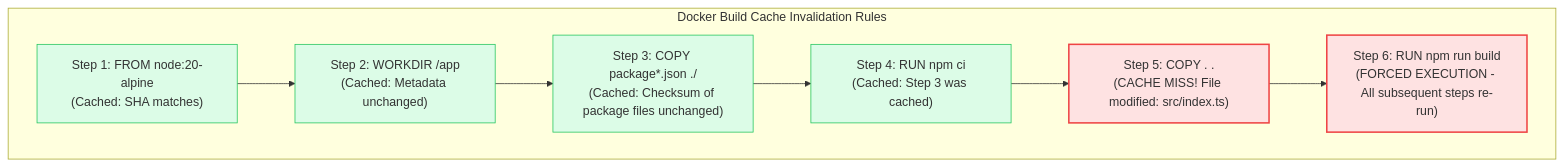
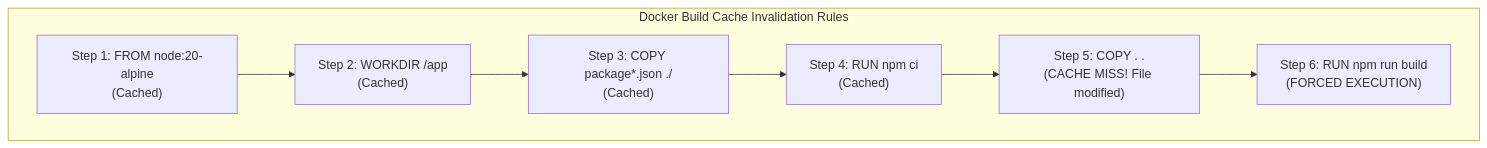
One commit to PandeyKishan/Study-Notes changed the first of 3 diagrams in 01-Docker/02-Dockerfile-Deep-Dive-and-Best-Practices.md. Above: the diagram before and after it, drawn with Mermaid. The commit also changed other lines of this file and 38 other files, not shown here.

````diff
--- a/01-Docker/02-Dockerfile-Deep-Dive-and-Best-Practices.md
+++ b/01-Docker/02-Dockerfile-Deep-Dive-and-Best-Practices.md
@@ -12,17 +15,10 @@
 ```mermaid
 flowchart TD
     subgraph BuildCache["Docker Build Cache Invalidation Rules"]
-        L1["Step 1: FROM node:20-alpine\n(Cached: SHA matches)"] --> L2["Step 2: WORKDIR /app\n(Cached: Metadata unchanged)"]
-        L2 --> L3["Step 3: COPY package*.json ./\n(Cached: Checksum of package files unchanged)"]
-        L3 --> L4["Step 4: RUN npm ci\n(Cached: Step 3 was cached)"]
-        L4 --> L5["Step 5: COPY . .\n(CACHE MISS! File modified: src/index.ts)"]
-        L5 --> L6["Step 6: RUN npm run build\n(FORCED EXECUTION - All subsequent steps re-run)"]
+        L1["Step 1: FROM node:20-alpine\n(Cached)"] --> L2["Step 2: WORKDIR /app\n(Cached)"]
+        L2 --> L3["Step 3: COPY package*.json ./\n(Cached)"]
+        L3 --> L4["Step 4: RUN npm ci\n(Cached)"]
+        L4 --> L5["Step 5: COPY . .\n(CACHE MISS! File modified)"]
+        L5 --> L6["Step 6: RUN npm run build\n(FORCED EXECUTION)"]
     end
-
-    style L1 fill:#dcfce7,stroke:#22c55e,stroke-width:1px
-    style L2 fill:#dcfce7,stroke:#22c55e,stroke-width:1px
-    style L3 fill:#dcfce7,stroke:#22c55e,stroke-width:1px
-    style L4 fill:#dcfce7,stroke:#22c55e,stroke-width:1px
-    style L5 fill:#fee2e2,stroke:#ef4444,stroke-width:2px
-    style L6 fill:#fee2e2,stroke:#ef4444,stroke-width:2px
 ```
````
